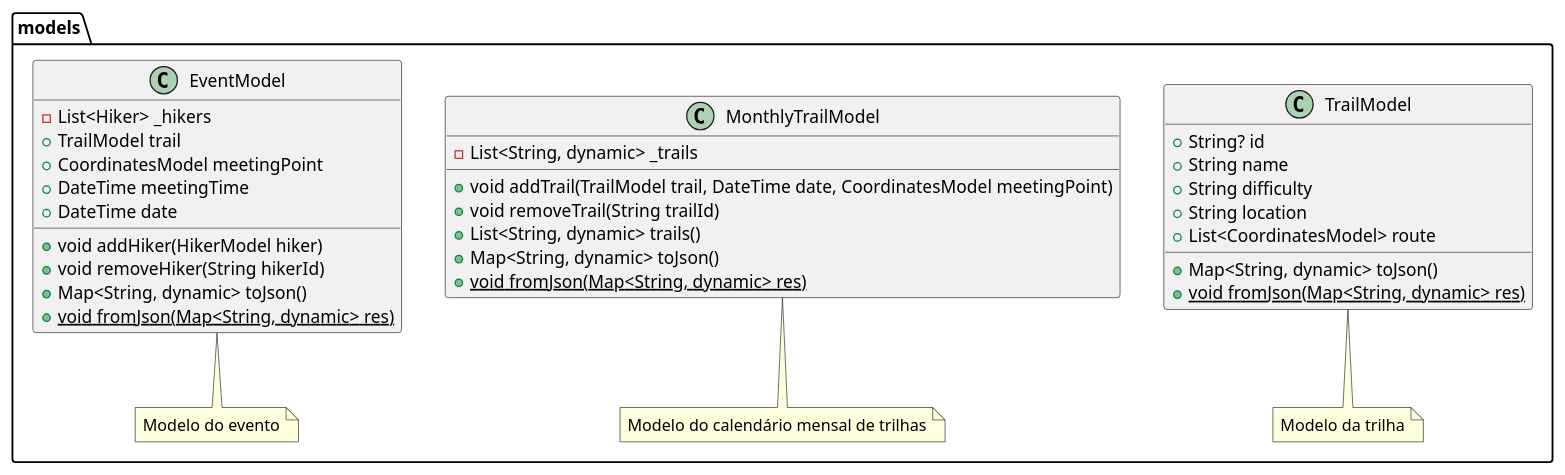
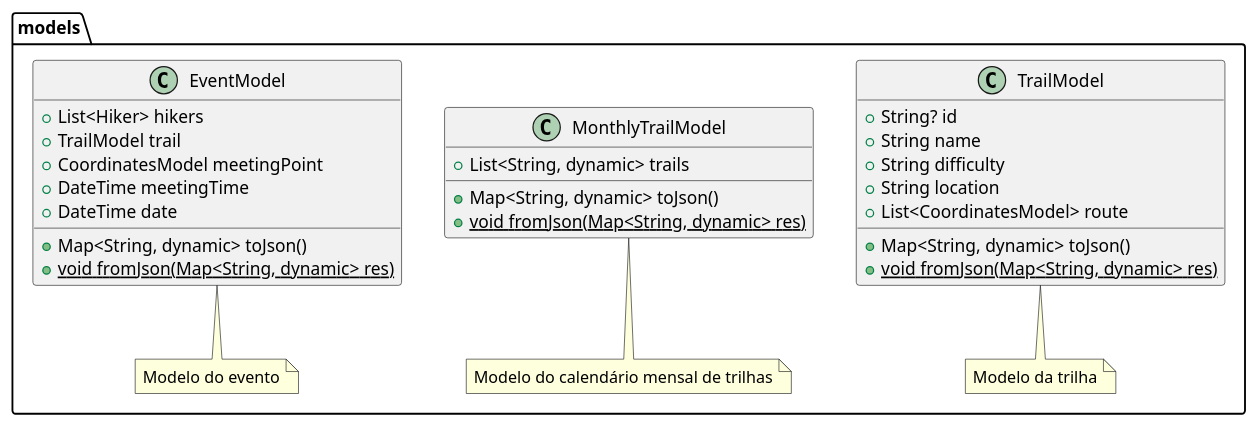
The diagram in docs/diagrams/src/pe_na_pedra_class_diagram_2.plantuml (tiagors09/pe_na_pedra), drawn with PlantUML before and after one commit.

Commit message:
docs: :memo: removed methods of MothlyTrailModel and EventModel, and changed attrs scopes

```diff
--- a/docs/diagrams/src/pe_na_pedra_class_diagram_2.plantuml
+++ b/docs/diagrams/src/pe_na_pedra_class_diagram_2.plantuml
@@ -1,43 +1,37 @@
 @startuml pe_na_pedra_class_diagram_2
-
 package models {
   note "Modelo da trilha" as N3
   note "Modelo do calendário mensal de trilhas" as N4
   note "Modelo do evento" as N5
 
   class TrailModel {
     + String? id
     + String name
     + String difficulty
     + String location
     + List<CoordinatesModel> route
     + Map<String, dynamic> toJson()
     + {static} void fromJson(Map<String, dynamic> res)
   }
 
   class MonthlyTrailModel {
-    - List<String, dynamic> _trails
-    + void addTrail(TrailModel trail, DateTime date, CoordinatesModel meetingPoint)
-    + void removeTrail(String trailId)
-    + List<String, dynamic> trails()
+    + List<String, dynamic> trails
     + Map<String, dynamic> toJson()
     + {static} void fromJson(Map<String, dynamic> res)
   }
 
   class EventModel {
-    - List<Hiker> _hikers
+    + List<Hiker> hikers
     + TrailModel trail
     + CoordinatesModel meetingPoint
     + DateTime meetingTime
     + DateTime date
-    + void addHiker(HikerModel hiker)
-    + void removeHiker(String hikerId)
     + Map<String, dynamic> toJson()
     + {static} void fromJson(Map<String, dynamic> res)
   }
 
   TrailModel .. N3
   MonthlyTrailModel .. N4
   EventModel .. N5
 }
 @enduml
```
